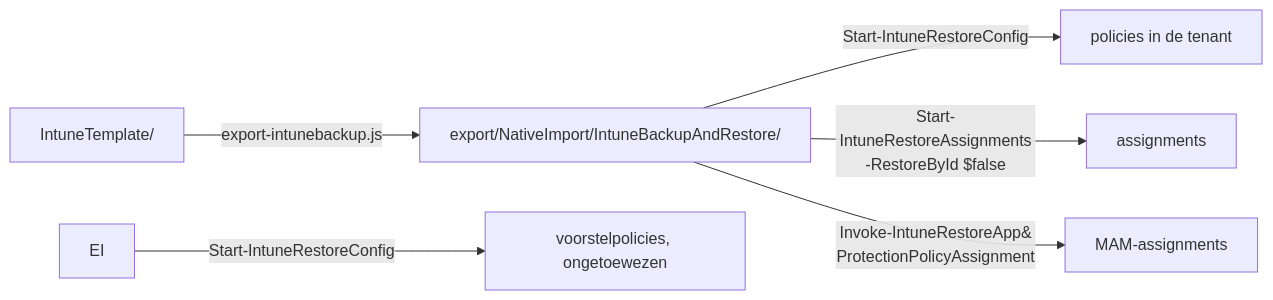
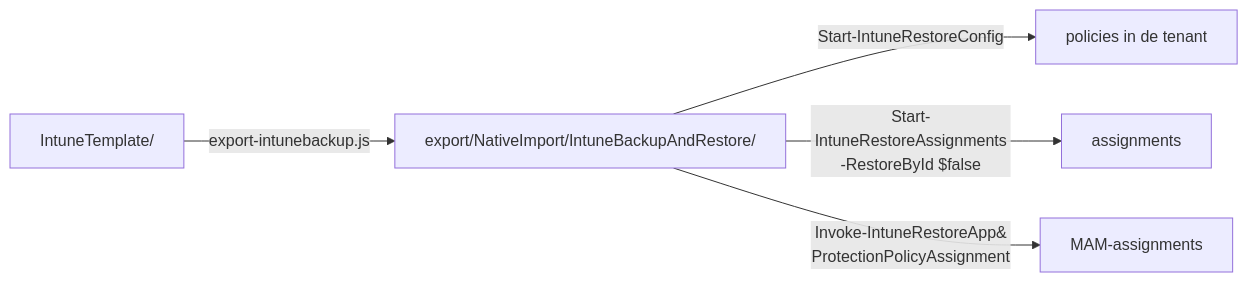
The diagram in export/README.md (sjkanon/IntuneBackup), drawn with Mermaid before and after one commit. The commit also changed other lines of this file and 180 other files, not shown here.

````diff
--- a/export/README.md
+++ b/export/README.md
@@ -46,8 +37,7 @@
 ```mermaid
 flowchart LR
   T["IntuneTemplate/"] -->|export-intunebackup.js| E["export/NativeImport/IntuneBackupAndRestore/"]
-  EI -->|Start-IntuneRestoreConfig| PI["voorstelpolicies, ongetoewezen"]
   E -->|Start-IntuneRestoreConfig| P["policies in de tenant"]
   E -->|Start-IntuneRestoreAssignments<br/>-RestoreById $false| A["assignments"]
   E -->|Invoke-IntuneRestoreApp&#8203;ProtectionPolicyAssignment| M["MAM-assignments"]
 ```
````
